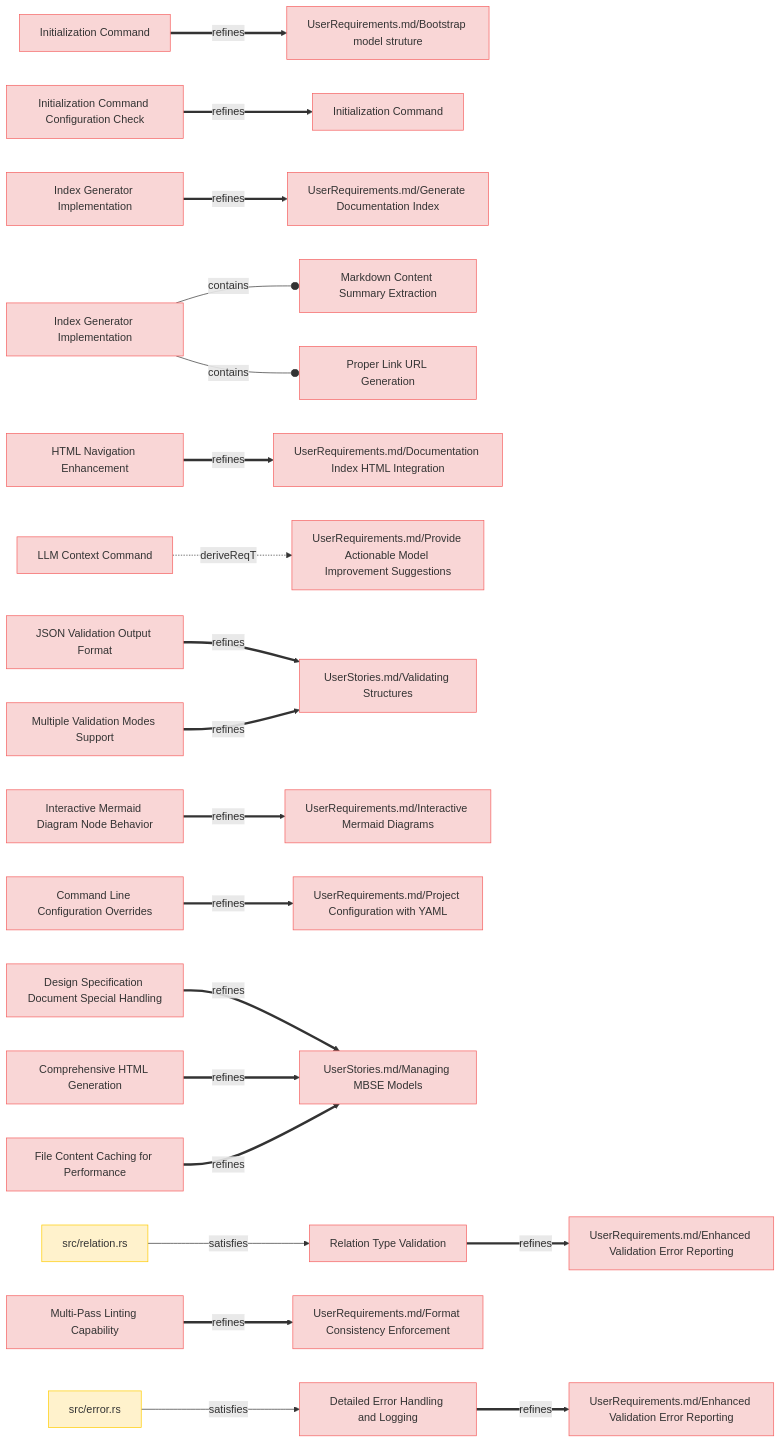
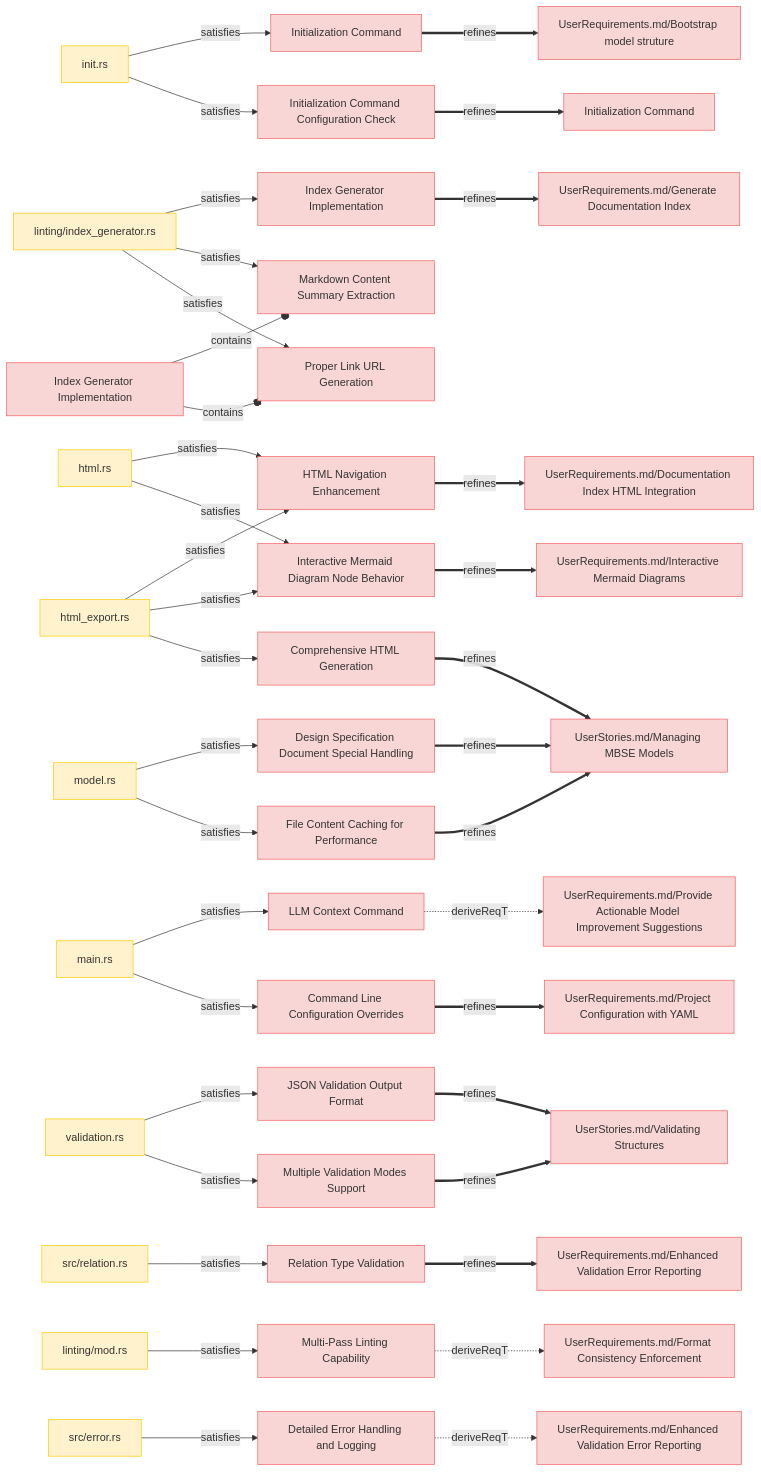
One commit to reqvire-org/reqvire changed the third of 9 diagrams in specifications/SystemRequirements/Requirements.md. Above: the diagram before and after it, drawn with Mermaid. The commit also changed other lines of this file and 12 other files, not shown here.

````diff
--- a/specifications/SystemRequirements/Requirements.md
+++ b/specifications/SystemRequirements/Requirements.md
@@ -297,6 +303,10 @@
     _UserRequirements_md_Bootstrap_model_struture__UserRequirements_md_bootstrap_model_struture_["UserRequirements.md/Bootstrap model struture"];
     click _UserRequirements_md_Bootstrap_model_struture__UserRequirements_md_bootstrap_model_struture_ "UserRequirements.md#bootstrap-model-struture";
     class _UserRequirements_md_Bootstrap_model_struture__UserRequirements_md_bootstrap_model_struture_ requirement;
+    _init_rs__https___github_com_reqflow_reqflow_src_init_rs_ -->|satisfies| Initialization_Command;
+    _init_rs__https___github_com_reqflow_reqflow_src_init_rs_["init.rs"];
+    click _init_rs__https___github_com_reqflow_reqflow_src_init_rs_ "https://github.com/reqflow/reqflow/src#init.rs";
+    class _init_rs__https___github_com_reqflow_reqflow_src_init_rs_ satisfies;
     Initialization_Command_Configuration_Check["Initialization Command Configuration Check"];
     click Initialization_Command_Configuration_Check "SystemRequirements/Requirements.md#initialization-command-configuration-check";
     class Initialization_Command_Configuration_Check requirement;
@@ -304,6 +314,7 @@
     _Initialization_Command___initialization_command_["Initialization Command"];
     click _Initialization_Command___initialization_command_ "#initialization-command";
     class _Initialization_Command___initialization_command_ requirement;
+    _init_rs__https___github_com_reqflow_reqflow_src_init_rs_ -->|satisfies| Initialization_Command_Configuration_Check;
     Index_Generator_Implementation["Index Generator Implementation"];
     click Index_Generator_Implementation "SystemRequirements/Requirements.md#index-generator-implementation";
     class Index_Generator_Implementation requirement;
@@ -311,6 +322,10 @@
     _UserRequirements_md_Generate_Documentation_Index__UserRequirements_md_generate_documentation_index_["UserRequirements.md/Generate Documentation Index"];
     click _UserRequirements_md_Generate_Documentation_Index__UserRequirements_md_generate_documentation_index_ "UserRequirements.md#generate-documentation-index";
     class _UserRequirements_md_Generate_Documentation_Index__UserRequirements_md_generate_documentation_index_ requirement;
+    _linting_index_generator_rs__https___github_com_reqflow_reqflow_src_linting_index_generator_rs_ -->|satisfies| Index_Generator_Implementation;
+    _linting_index_generator_rs__https___github_com_reqflow_reqflow_src_linting_index_generator_rs_["linting/index_generator.rs"];
+    click _linting_index_generator_rs__https___github_com_reqflow_reqflow_src_linting_index_generator_rs_ "https://github.com/reqflow/reqflow/src/linting#index_generator.rs";
+    class _linting_index_generator_rs__https___github_com_reqflow_reqflow_src_linting_index_generator_rs_ satisfies;
     Markdown_Content_Summary_Extraction["Markdown Content Summary Extraction"];
     click Markdown_Content_Summary_Extraction "SystemRequirements/Requirements.md#markdown-content-summary-extraction";
     class Markdown_Content_Summary_Extraction requirement;
@@ -318,10 +333,12 @@
     _Index_Generator_Implementation___index_generator_implementation_["Index Generator Implementation"];
     click _Index_Generator_Implementation___index_generator_implementation_ "#index-generator-implementation";
     class _Index_Generator_Implementation___index_generator_implementation_ requirement;
+    _linting_index_generator_rs__https___github_com_reqflow_reqflow_src_linting_index_generator_rs_ -->|satisfies| Markdown_Content_Summary_Extraction;
     Proper_Link_URL_Generation["Proper Link URL Generation"];
     click Proper_Link_URL_Generation "SystemRequirements/Requirements.md#proper-link-url-generation";
     class Proper_Link_URL_Generation requirement;
     _Index_Generator_Implementation___index_generator_implementation_ --o|contains| Proper_Link_URL_Generation;
+    _linting_index_generator_rs__https___github_com_reqflow_reqflow_src_linting_index_generator_rs_ -->|satisfies| Proper_Link_URL_Generation;
     HTML_Navigation_Enhancement["HTML Navigation Enhancement"];
     click HTML_Navigation_Enhancement "SystemRequirements/Requirements.md#html-navigation-enhancement";
     class HTML_Navigation_Enhancement requirement;
@@ -329,6 +346,14 @@
     _UserRequirements_md_Documentation_Index_HTML_Integration__UserRequirements_md_documentation_index_html_integration_["UserRequirements.md/Documentation Index HTML Integration"];
     click _UserRequirements_md_Documentation_Index_HTML_Integration__UserRequirements_md_documentation_index_html_integration_ "UserRequirements.md#documentation-index-html-integration";
     class _UserRequirements_md_Documentation_Index_HTML_Integration__UserRequirements_md_documentation_index_html_integration_ requirement;
+    _html_rs__https___github_com_reqflow_reqflow_src_html_rs_ -->|satisfies| HTML_Navigation_Enhancement;
+    _html_rs__https___github_com_reqflow_reqflow_src_html_rs_["html.rs"];
+    click _html_rs__https___github_com_reqflow_reqflow_src_html_rs_ "https://github.com/reqflow/reqflow/src#html.rs";
+    class _html_rs__https___github_com_reqflow_reqflow_src_html_rs_ satisfies;
+    _html_export_rs__https___github_com_reqflow_reqflow_src_html_export_rs_ -->|satisfies| HTML_Navigation_Enhancement;
+    _html_export_rs__https___github_com_reqflow_reqflow_src_html_export_rs_["html_export.rs"];
+    click _html_export_rs__https___github_com_reqflow_reqflow_src_html_export_rs_ "https://github.com/reqflow/reqflow/src#html_export.rs";
+    class _html_export_rs__https___github_com_reqflow_reqflow_src_html_export_rs_ satisfies;
     LLM_Context_Command["LLM Context Command"];
     click LLM_Context_Command "SystemRequirements/Requirements.md#llm-context-command";
     class LLM_Context_Command requirement;
@@ -336,6 +361,10 @@
     _UserRequirements_md_Provide_Actionable_Model_Improvement_Suggestions__UserRequirements_md_provide_actionable_model_improvement_suggestions_["UserRequirements.md/Provide Actionable Model Improvement Suggestions"];
     click _UserRequirements_md_Provide_Actionable_Model_Improvement_Suggestions__UserRequirements_md_provide_actionable_model_improvement_suggestions_ "UserRequirements.md#provide-actionable-model-improvement-suggestions";
     class _UserRequirements_md_Provide_Actionable_Model_Improvement_Suggestions__UserRequirements_md_provide_actionable_model_improvement_suggestions_ requirement;
+    _main_rs__https___github_com_reqflow_reqflow_src_main_rs_ -->|satisfies| LLM_Context_Command;
+    _main_rs__https___github_com_reqflow_reqflow_src_main_rs_["main.rs"];
+    click _main_rs__https___github_com_reqflow_reqflow_src_main_rs_ "https://github.com/reqflow/reqflow/src#main.rs";
+    class _main_rs__https___github_com_reqflow_reqflow_src_main_rs_ satisfies;
     JSON_Validation_Output_Format["JSON Validation Output Format"];
     click JSON_Validation_Output_Format "SystemRequirements/Requirements.md#json-validation-output-format";
     class JSON_Validation_Output_Format requirement;
@@ -343,10 +372,15 @@
     _UserStories_md_Validating_Structures__UserStories_md_validating_structures_["UserStories.md/Validating Structures"];
     click _UserStories_md_Validating_Structures__UserStories_md_validating_structures_ "UserStories.md#validating-structures";
     class _UserStories_md_Validating_Structures__UserStories_md_validating_structures_ requirement;
+    _validation_rs__https___github_com_reqflow_reqflow_src_validation_rs_ -->|satisfies| JSON_Validation_Output_Format;
+    _validation_rs__https___github_com_reqflow_reqflow_src_validation_rs_["validation.rs"];
+    click _validation_rs__https___github_com_reqflow_reqflow_src_validation_rs_ "https://github.com/reqflow/reqflow/src#validation.rs";
+    class _validation_rs__https___github_com_reqflow_reqflow_src_validation_rs_ satisfies;
     Multiple_Validation_Modes_Support["Multiple Validation Modes Support"];
     click Multiple_Validation_Modes_Support "SystemRequirements/Requirements.md#multiple-validation-modes-support";
     class Multiple_Validation_Modes_Support requirement;
     Multiple_Validation_Modes_Support ==>|refines| _UserStories_md_Validating_Structures__UserStories_md_validating_structures_;
+    _validation_rs__https___github_com_reqflow_reqflow_src_validation_rs_ -->|satisfies| Multiple_Validation_Modes_Support;
     Interactive_Mermaid_Diagram_Node_Behavior["Interactive Mermaid Diagram Node Behavior"];
     click Interactive_Mermaid_Diagram_Node_Behavior "SystemRequirements/Requirements.md#interactive-mermaid-diagram-node-behavior";
     class Interactive_Mermaid_Diagram_Node_Behavior requirement;
@@ -354,6 +388,8 @@
     _UserRequirements_md_Interactive_Mermaid_Diagrams__UserRequirements_md_interactive_mermaid_diagrams_["UserRequirements.md/Interactive Mermaid Diagrams"];
     click _UserRequirements_md_Interactive_Mermaid_Diagrams__UserRequirements_md_interactive_mermaid_diagrams_ "UserRequirements.md#interactive-mermaid-diagrams";
     class _UserRequirements_md_Interactive_Mermaid_Diagrams__UserRequirements_md_interactive_mermaid_diagrams_ requirement;
+    _html_rs__https___github_com_reqflow_reqflow_src_html_rs_ -->|satisfies| Interactive_Mermaid_Diagram_Node_Behavior;
+    _html_export_rs__https___github_com_reqflow_reqflow_src_html_export_rs_ -->|satisfies| Interactive_Mermaid_Diagram_Node_Behavior;
     Command_Line_Configuration_Overrides["Command Line Configuration Overrides"];
     click Command_Line_Configuration_Overrides "SystemRequirements/Requirements.md#command-line-configuration-overrides";
     class Command_Line_Configuration_Overrides requirement;
@@ -361,6 +397,7 @@
     _UserRequirements_md_Project_Configuration_with_YAML__UserRequirements_md_project_configuration_with_yaml_["UserRequirements.md/Project Configuration with YAML"];
     click _UserRequirements_md_Project_Configuration_with_YAML__UserRequirements_md_project_configuration_with_yaml_ "UserRequirements.md#project-configuration-with-yaml";
     class _UserRequirements_md_Project_Configuration_with_YAML__UserRequirements_md_project_configuration_with_yaml_ requirement;
+    _main_rs__https___github_com_reqflow_reqflow_src_main_rs_ -->|satisfies| Command_Line_Configuration_Overrides;
     Design_Specification_Document_Special_Handling["Design Specification Document Special Handling"];
     click Design_Specification_Document_Special_Handling "SystemRequirements/Requirements.md#design-specification-document-special-handling";
     class Design_Specification_Document_Special_Handling requirement;
@@ -368,6 +405,10 @@
     _UserStories_md_Managing_MBSE_Models__UserStories_md_managing_mbse_models_["UserStories.md/Managing MBSE Models"];
     click _UserStories_md_Managing_MBSE_Models__UserStories_md_managing_mbse_models_ "UserStories.md#managing-mbse-models";
     class _UserStories_md_Managing_MBSE_Models__UserStories_md_managing_mbse_models_ requirement;
+    _model_rs__https___github_com_reqflow_reqflow_src_model_rs_ -->|satisfies| Design_Specification_Document_Special_Handling;
+    _model_rs__https___github_com_reqflow_reqflow_src_model_rs_["model.rs"];
+    click _model_rs__https___github_com_reqflow_reqflow_src_model_rs_ "https://github.com/reqflow/reqflow/src#model.rs";
+    class _model_rs__https___github_com_reqflow_reqflow_src_model_rs_ satisfies;
     Relation_Type_Validation["Relation Type Validation"];
     click Relation_Type_Validation "SystemRequirements/Requirements.md#relation-type-validation";
     class Relation_Type_Validation requirement;
@@ -382,18 +423,23 @@
     Multi_Pass_Linting_Capability["Multi-Pass Linting Capability"];
     click Multi_Pass_Linting_Capability "SystemRequirements/Requirements.md#multi-pass-linting-capability";
     class Multi_Pass_Linting_Capability requirement;
-    Multi_Pass_Linting_Capability ==>|refines| _UserRequirements_md_Format_Consistency_Enforcement__UserRequirements_md_format_consistency_enforcement_;
+    Multi_Pass_Linting_Capability -.->|deriveReqT| _UserRequirements_md_Format_Consistency_Enforcement__UserRequirements_md_format_consistency_enforcement_;
     _UserRequirements_md_Format_Consistency_Enforcement__UserRequirements_md_format_consistency_enforcement_["UserRequirements.md/Format Consistency Enforcement"];
     click _UserRequirements_md_Format_Consistency_Enforcement__UserRequirements_md_format_consistency_enforcement_ "UserRequirements.md#format-consistency-enforcement";
     class _UserRequirements_md_Format_Consistency_Enforcement__UserRequirements_md_format_consistency_enforcement_ requirement;
+    _linting_mod_rs__https___github_com_reqflow_reqflow_src_linting_mod_rs_ -->|satisfies| Multi_Pass_Linting_Capability;
+    _linting_mod_rs__https___github_com_reqflow_reqflow_src_linting_mod_rs_["linting/mod.rs"];
+    click _linting_mod_rs__https___github_com_reqflow_reqflow_src_linting_mod_rs_ "https://github.com/reqflow/reqflow/src/linting#mod.rs";
+    class _linting_mod_rs__https___github_com_reqflow_reqflow_src_linting_mod_rs_ satisfies;
     Comprehensive_HTML_Generation["Comprehensive HTML Generation"];
     click Comprehensive_HTML_Generation "SystemRequirements/Requirements.md#comprehensive-html-generation";
     class Comprehensive_HTML_Generation requirement;
     Comprehensive_HTML_Generation ==>|refines| _UserStories_md_Managing_MBSE_Models__UserStories_md_managing_mbse_models_;
+    _html_export_rs__https___github_com_reqflow_reqflow_src_html_export_rs_ -->|satisfies| Comprehensive_HTML_Generation;
     Detailed_Error_Handling_and_Logging["Detailed Error Handling and Logging"];
     click Detailed_Error_Handling_and_Logging "SystemRequirements/Requirements.md#detailed-error-handling-and-logging";
     class Detailed_Error_Handling_and_Logging requirement;
-    Detailed_Error_Handling_and_Logging ==>|refines| _UserRequirements_md_Enhanced_Validation_Error_Reporting__UserRequirements_md_enhanced_validation_error_reporting_;
+    Detailed_Error_Handling_and_Logging -.->|deriveReqT| _UserRequirements_md_Enhanced_Validation_Error_Reporting__UserRequirements_md_enhanced_validation_error_reporting_;
     _UserRequirements_md_Enhanced_Validation_Error_Reporting__UserRequirements_md_enhanced_validation_error_reporting_["UserRequirements.md/Enhanced Validation Error Reporting"];
     click _UserRequirements_md_Enhanced_Validation_Error_Reporting__UserRequirements_md_enhanced_validation_error_reporting_ "UserRequirements.md#enhanced-validation-error-reporting";
     class _UserRequirements_md_Enhanced_Validation_Error_Reporting__UserRequirements_md_enhanced_validation_error_reporting_ requirement;
@@ -405,4 +451,5 @@
     click File_Content_Caching_for_Performance "SystemRequirements/Requirements.md#file-content-caching-for-performance";
     class File_Content_Caching_for_Performance requirement;
     File_Content_Caching_for_Performance ==>|refines| _UserStories_md_Managing_MBSE_Models__UserStories_md_managing_mbse_models_;
+    _model_rs__https___github_com_reqflow_reqflow_src_model_rs_ -->|satisfies| File_Content_Caching_for_Performance;
 ```
````
